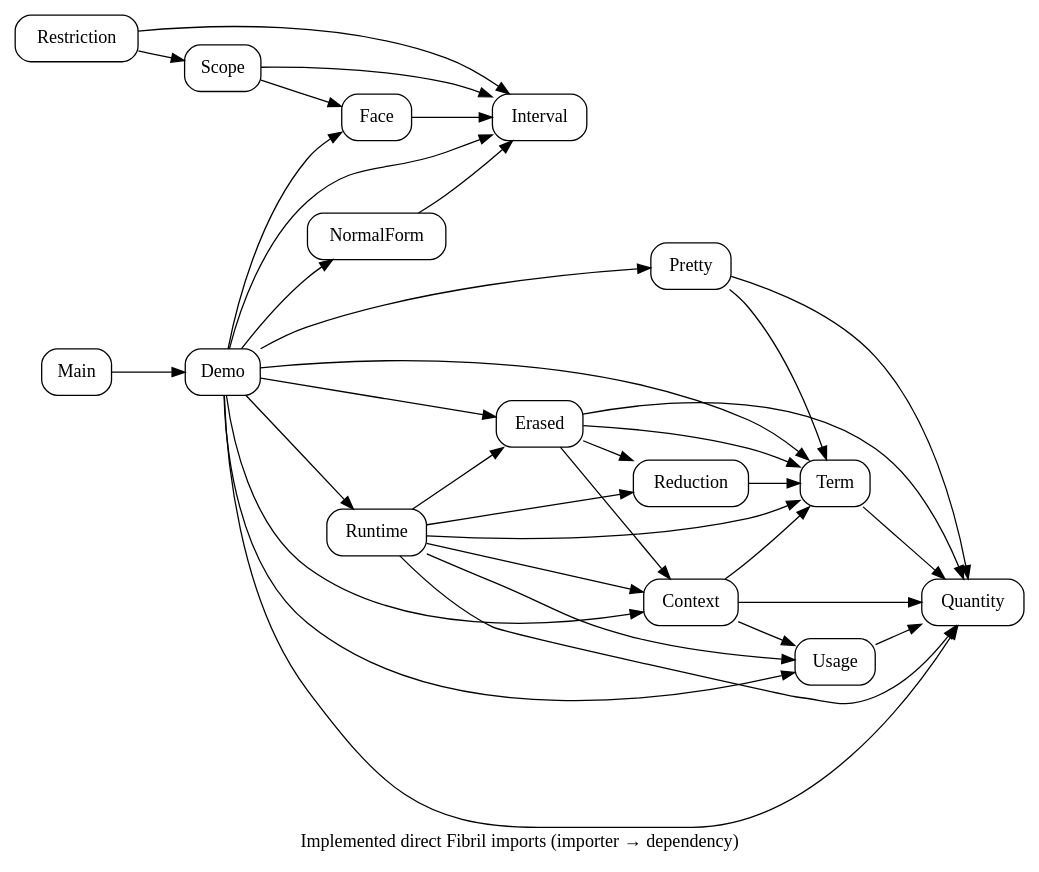
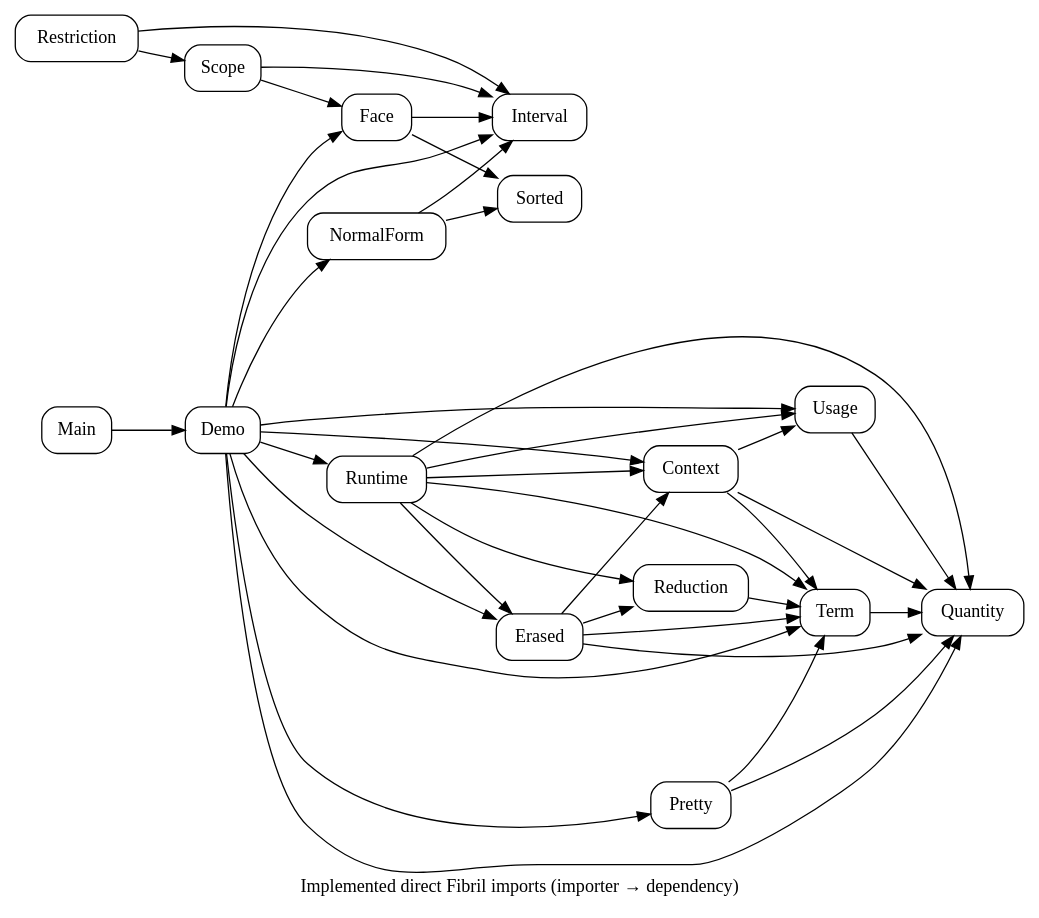
Before and after one commit to odunboye/fibril: the diagram in docs/diagrams/modules.dot, drawn with Graphviz. The commit also changed 15 other files, not shown here.

```diff
--- a/docs/diagrams/modules.dot
+++ b/docs/diagrams/modules.dot
@@ -1,14 +1,14 @@
 digraph Modules {
 rankdir=LR; node [shape=box,style=rounded];
 Quantity; Interval; NormalForm; Face; Scope; Restriction; Term;
-NormalForm -> Interval; Face -> Interval;
+NormalForm -> {Interval Sorted}; Face -> {Interval Sorted};
 Scope -> {Interval Face}; Restriction -> {Interval Scope};
 Demo -> {Quantity Term Context Usage Pretty Erased Runtime Interval NormalForm Face};
 Main -> Demo;
 Pretty -> {Quantity Term};
 Term -> Quantity; Usage -> Quantity; Context -> {Quantity Term Usage};
 Reduction -> Term;
 Erased -> {Quantity Term Context Reduction};
 Runtime -> {Quantity Term Context Usage Reduction Erased};
 label="Implemented direct Fibril imports (importer → dependency)";
 }
```
